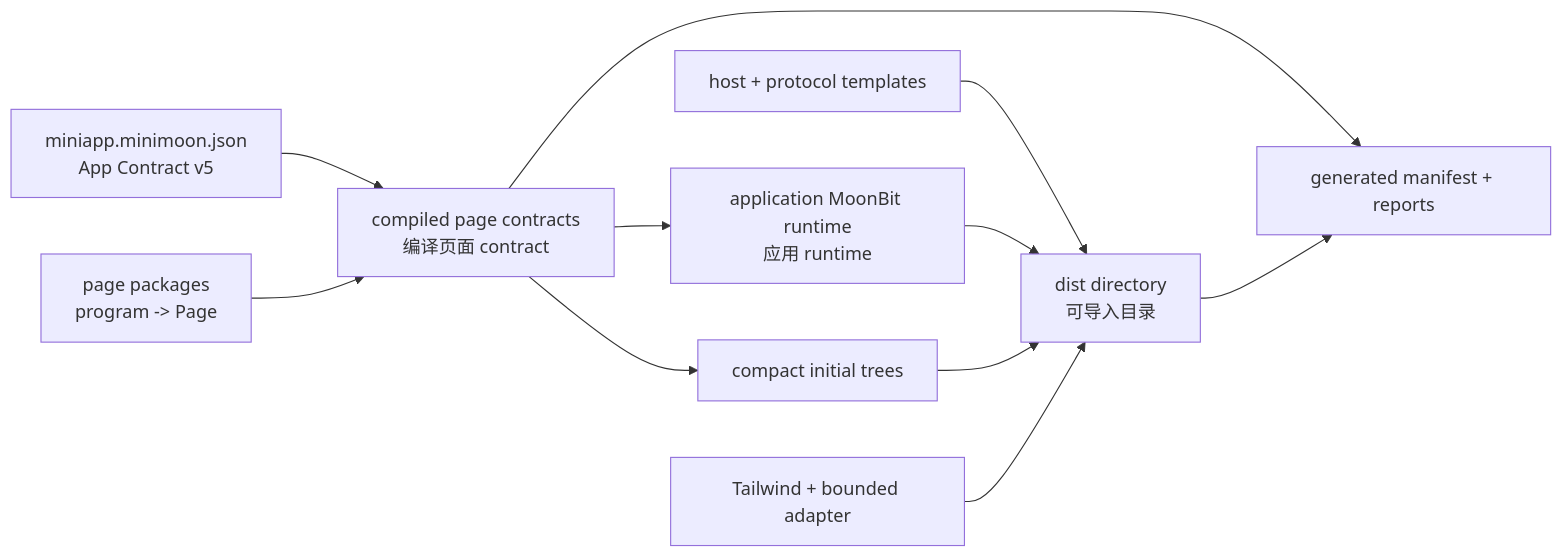
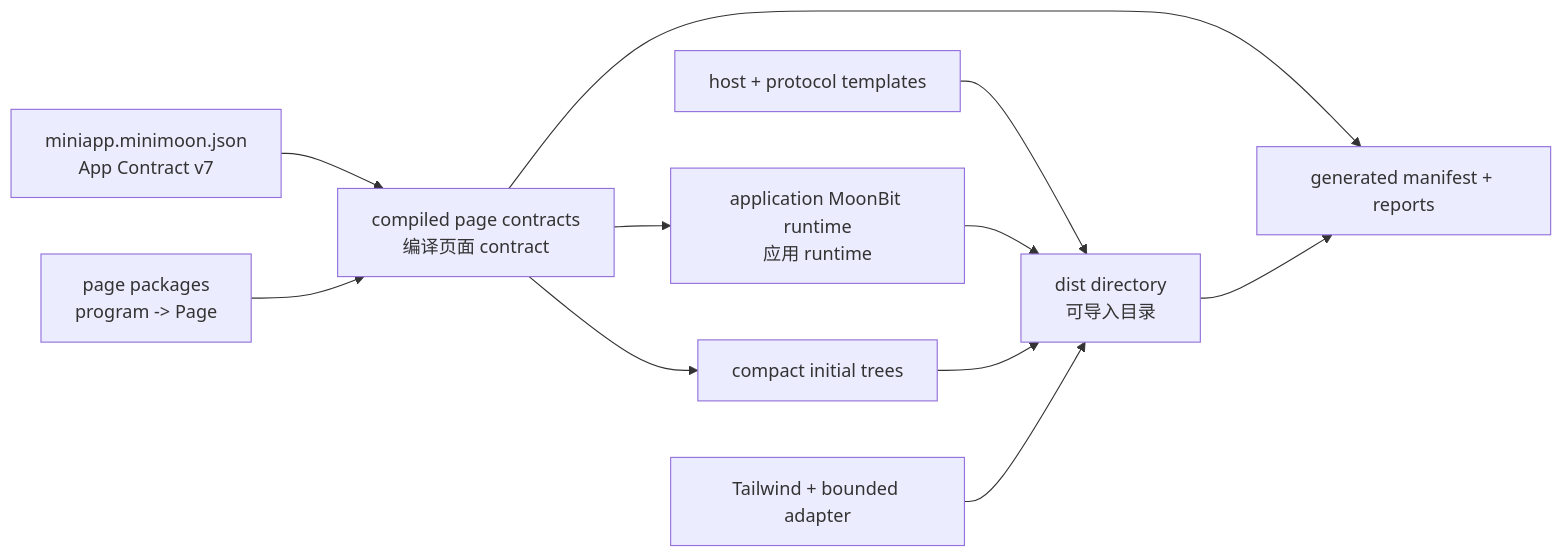
The diagram in docs/code-analysis/assets/diagrams/source/06-BUILD-VERIFY-AND-RELEASE-1.mmd (lucavance/minimoon), drawn with Mermaid before and after one commit. The commit also changed 23 other files, not shown here.

```diff
--- a/docs/code-analysis/assets/diagrams/source/06-BUILD-VERIFY-AND-RELEASE-1.mmd
+++ b/docs/code-analysis/assets/diagrams/source/06-BUILD-VERIFY-AND-RELEASE-1.mmd
@@ -1,21 +1,21 @@
 flowchart LR
-    Config[miniapp.minimoon.json<br/>App Contract v5]
+    Config[miniapp.minimoon.json<br/>App Contract v7]
     PagePkg[page packages<br/>program -> Page]
     Contract[compiled page contracts<br/>编译页面 contract]
     AppRuntime[application MoonBit runtime<br/>应用 runtime]
     Host[host + protocol templates]
     Initial[compact initial trees]
     Tailwind[Tailwind + bounded adapter]
     Dist[dist directory<br/>可导入目录]
     Reports[generated manifest + reports]
 
     Config --> Contract
     PagePkg --> Contract
     Contract --> AppRuntime
     Contract --> Initial
     Host --> Dist
     AppRuntime --> Dist
     Initial --> Dist
     Tailwind --> Dist
     Contract --> Reports
     Dist --> Reports
```
